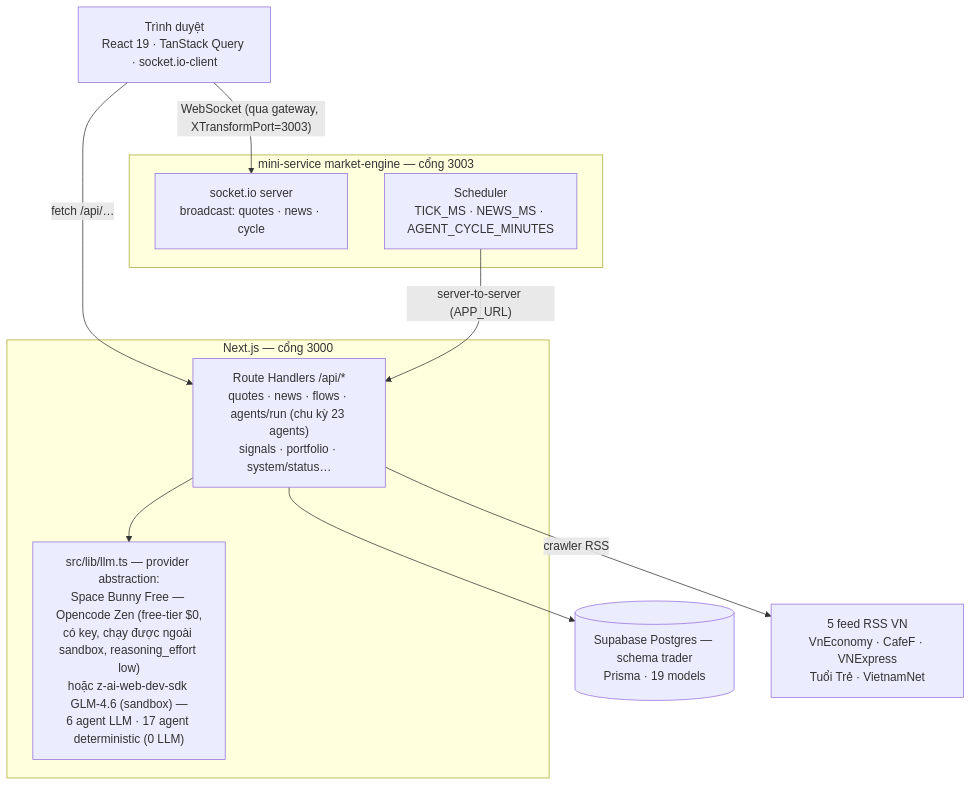
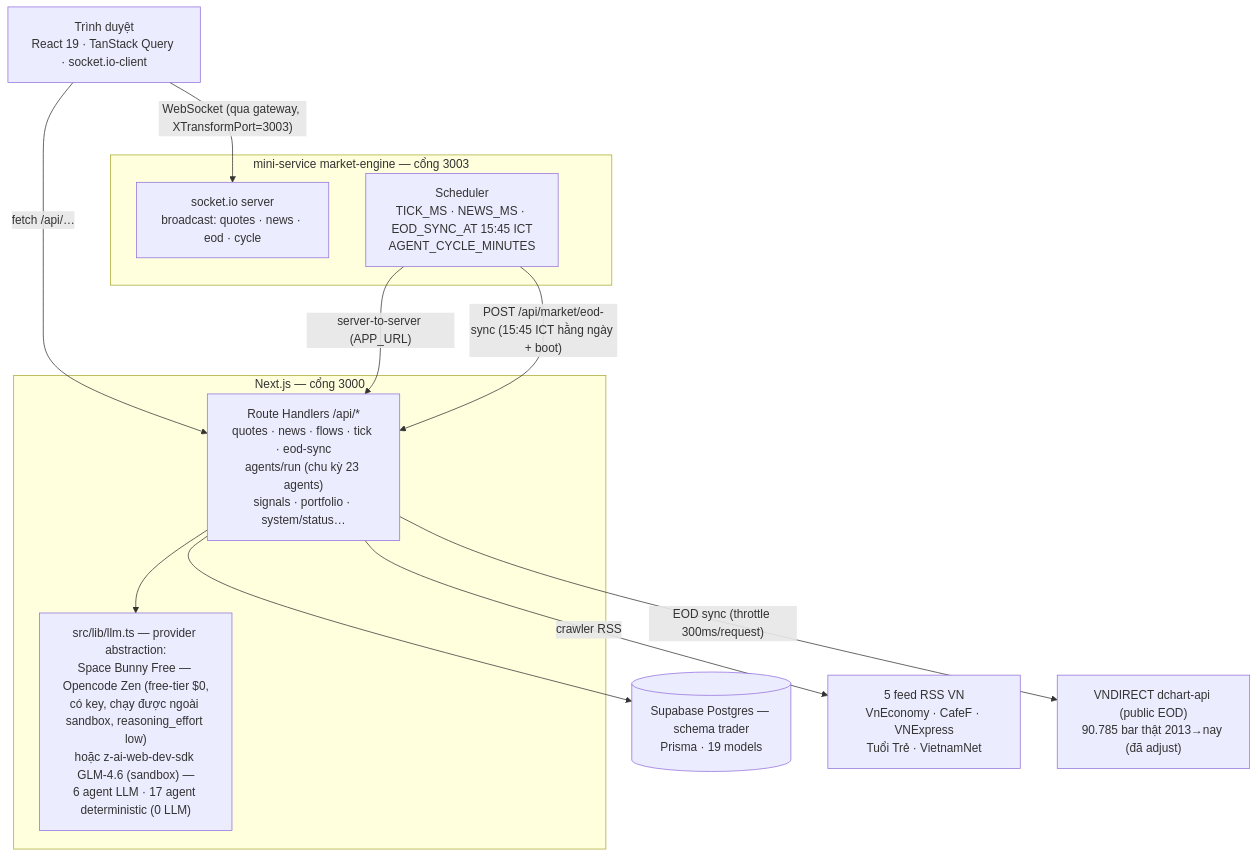
One commit to nguyenquocviety2c-code/THE-TRADER changed the diagram in README.md. Above: the diagram before and after it, drawn with Mermaid. The commit also changed other lines of this file and 30 other files, not shown here.

````diff
--- a/README.md
+++ b/README.md
@@ -31,25 +41,29 @@
 ```mermaid
 flowchart TB
     Browser["Trình duyệt\nReact 19 · TanStack Query · socket.io-client"]
 
     subgraph App["Next.js — cổng 3000"]
-        API["Route Handlers /api/*\nquotes · news · flows · agents/run (chu kỳ 23 agents)\nsignals · portfolio · system/status…"]
+        API["Route Handlers /api/*\nquotes · news · flows · tick · eod-sync\nagents/run (chu kỳ 23 agents)\nsignals · portfolio · system/status…"]
         LLM["src/lib/llm.ts — provider abstraction:\nSpace Bunny Free — Opencode Zen (free-tier $0,\ncó key, chạy được ngoài sandbox, reasoning_effort low)\nhoặc z-ai-web-dev-sdk GLM-4.6 (sandbox) —\n6 agent LLM · 17 agent deterministic (0 LLM)"]
     end
 
     DB[("Supabase Postgres — schema trader\nPrisma · 19 models")]
 
     subgraph Engine["mini-service market-engine — cổng 3003"]
-        IO["socket.io server\nbroadcast: quotes · news · cycle"]
-        SCHED["Scheduler\nTICK_MS · NEWS_MS · AGENT_CYCLE_MINUTES"]
+        IO["socket.io server\nbroadcast: quotes · news · eod · cycle"]
+        SCHED["Scheduler\nTICK_MS · NEWS_MS · EOD_SYNC_AT 15:45 ICT\nAGENT_CYCLE_MINUTES"]
     end
 
     RSS["5 feed RSS VN\nVnEconomy · CafeF · VNExpress\nTuổi Trẻ · VietnamNet"]
+
+    DCHART["VNDIRECT dchart-api (public EOD)\n90.785 bar thật 2013→nay (đã adjust)"]
 
     Browser -- "fetch /api/…" --> API
     Browser -- "WebSocket (qua gateway, XTransformPort=3003)" --> IO
     API --> DB
     SCHED -- "server-to-server (APP_URL)" --> API
+    SCHED -- "POST /api/market/eod-sync (15:45 ICT hằng ngày + boot)" --> API
     API --> LLM
     API -- "crawler RSS" --> RSS
+    API -- "EOD sync (throttle 300ms/request)" --> DCHART
 ```
````
